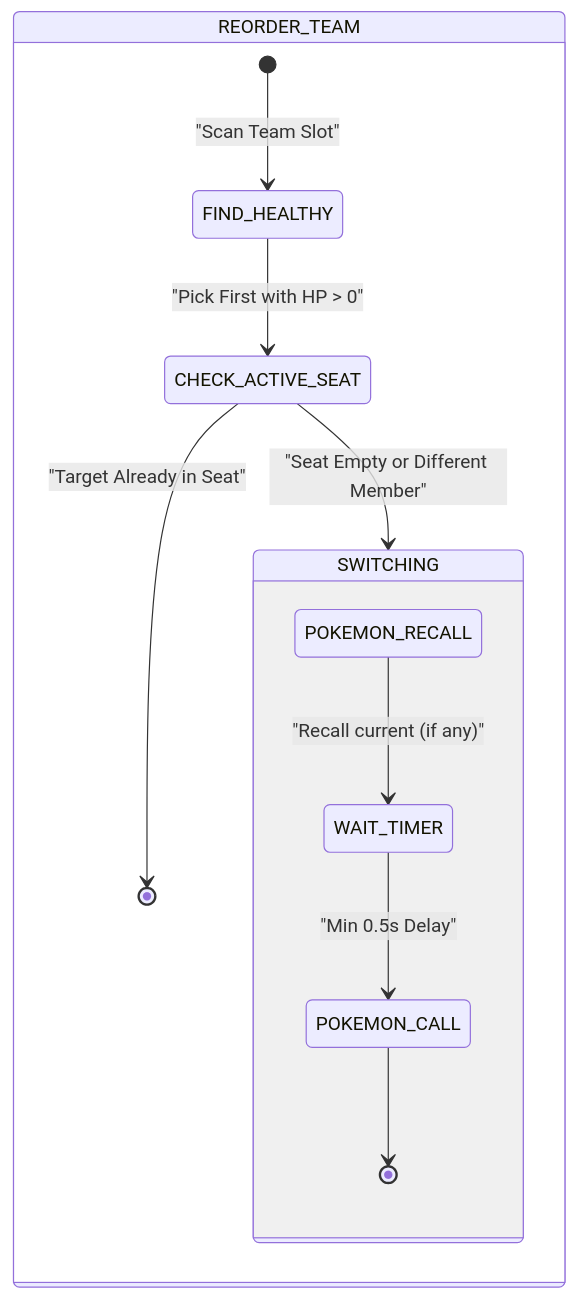
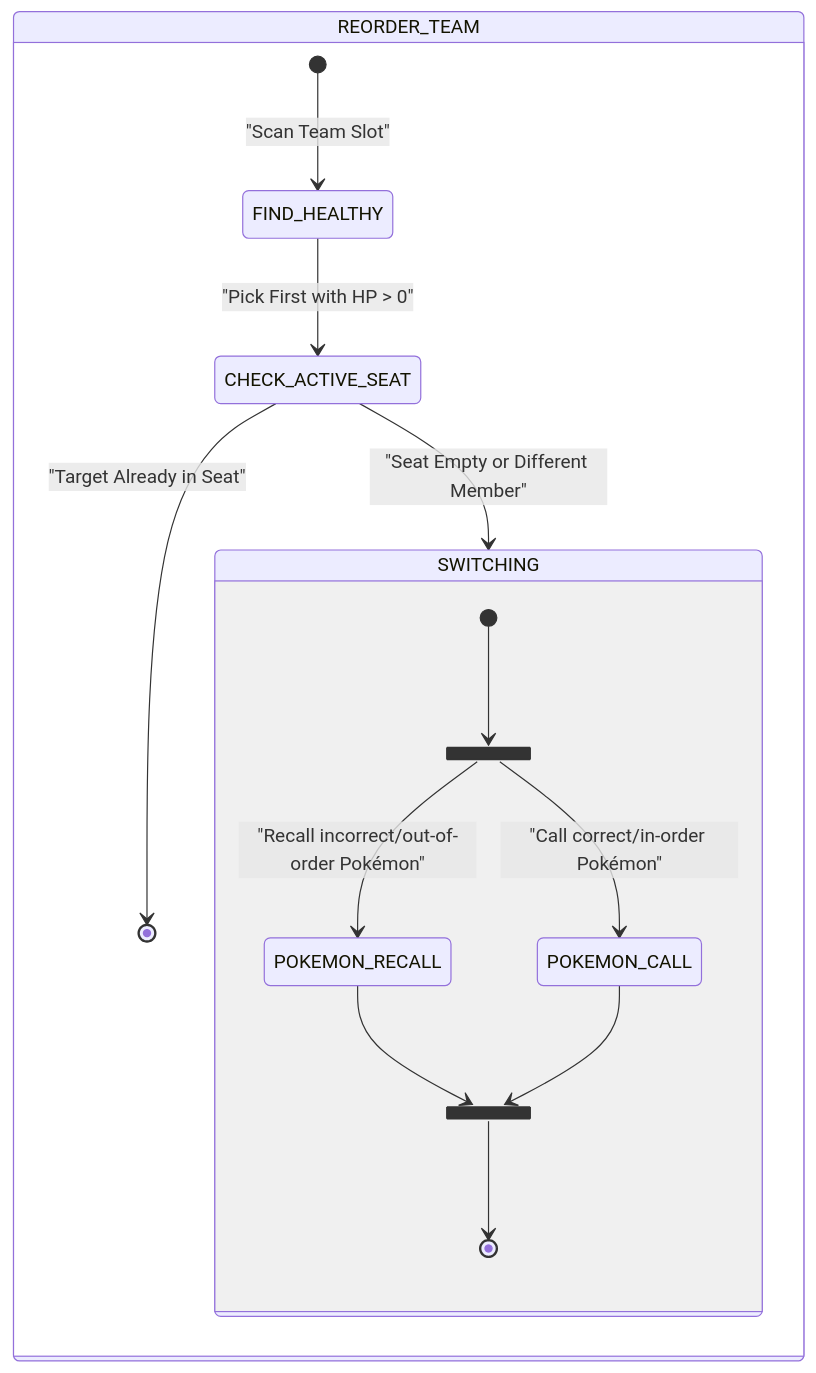
Diagram 13 of 18 in .agents/skills/project-standards/references/battle/battle_mechanics_manual.md (Darkham77/PokeBorrador), drawn with Mermaid before and after one commit. The commit also changed 42 other files, not shown here.

````diff
--- a/.agents/skills/project-standards/references/battle/battle_mechanics_manual.md
+++ b/.agents/skills/project-standards/references/battle/battle_mechanics_manual.md
@@ -751,17 +751,23 @@
 ```mermaid
 stateDiagram-v2
     state REORDER_TEAM {
         [*] --> FIND_HEALTHY : "Scan Team Slot"
         FIND_HEALTHY --> CHECK_ACTIVE_SEAT : "Pick First with HP > 0"
         
         state CHECK_ACTIVE_SEAT <<choice>>
         CHECK_ACTIVE_SEAT --> [*] : "Target Already in Seat"
         CHECK_ACTIVE_SEAT --> SWITCHING : "Seat Empty or Different Member"
         
         state SWITCHING {
-            POKEMON_RECALL --> WAIT_TIMER : "Recall current (if any)"
-            WAIT_TIMER --> POKEMON_CALL : "Min 0.5s Delay"
-            POKEMON_CALL --> [*]
+            state fork_state <<fork>>
+            [*] --> fork_state
+            fork_state --> POKEMON_RECALL : "Recall incorrect/out-of-order Pokémon"
+            fork_state --> POKEMON_CALL : "Call correct/in-order Pokémon"
+            
+            state join_state <<join>>
+            POKEMON_RECALL --> join_state
+            POKEMON_CALL --> join_state
+            join_state --> [*]
         }
     }
 ```
````
